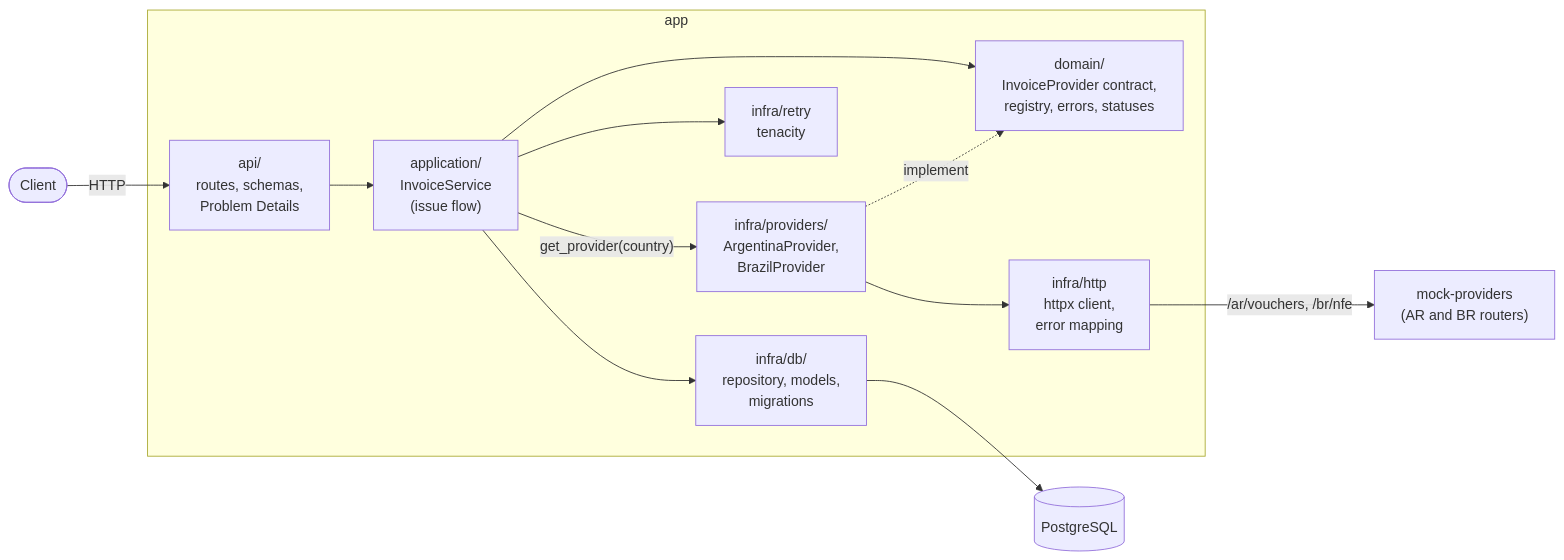
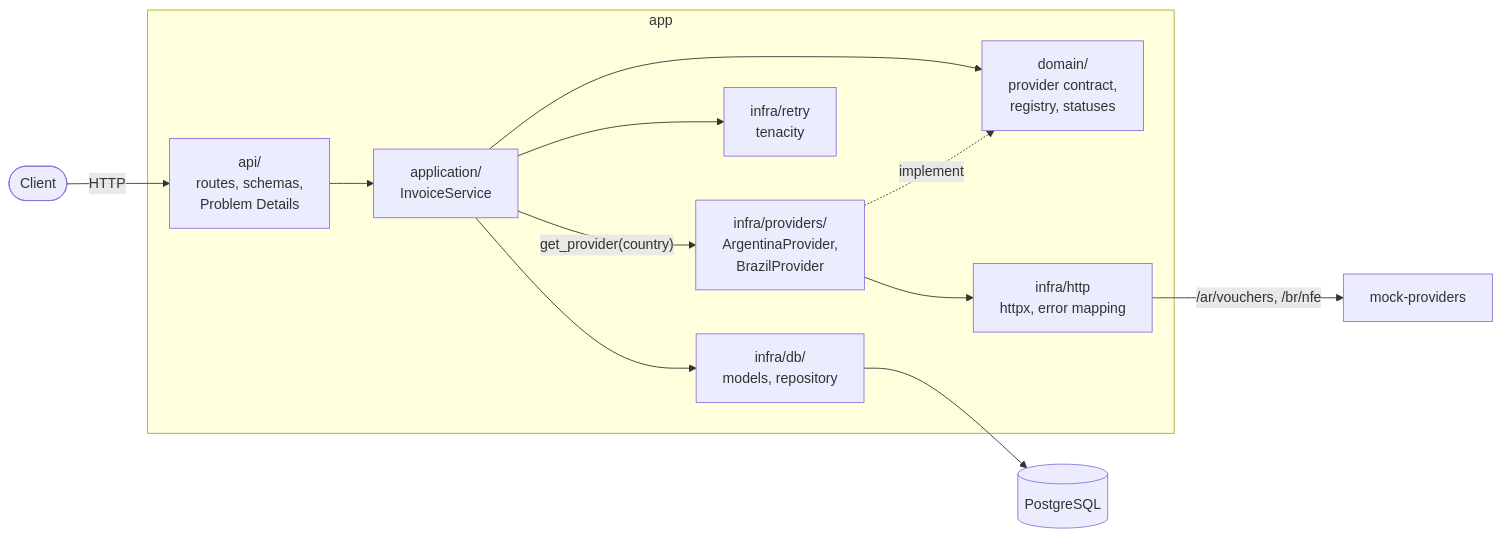
Before and after one commit to juanrevello/billing-multicountry: the first of 2 diagrams in README.md, drawn with Mermaid. The commit also changed other lines of this file, not shown here.

````diff
--- a/README.md
+++ b/README.md
@@ -112,25 +59,25 @@
 ```mermaid
 flowchart LR
     client([Client]) -->|HTTP| api
 
     subgraph app [app]
         api["api/<br/>routes, schemas,<br/>Problem Details"]
-        service["application/<br/>InvoiceService<br/>(issue flow)"]
-        domain["domain/<br/>InvoiceProvider contract,<br/>registry, errors, statuses"]
-        repo["infra/db/<br/>repository, models,<br/>migrations"]
+        service["application/<br/>InvoiceService"]
+        domain["domain/<br/>provider contract,<br/>registry, statuses"]
+        repo["infra/db/<br/>models, repository"]
         retry["infra/retry<br/>tenacity"]
         adapters["infra/providers/<br/>ArgentinaProvider,<br/>BrazilProvider"]
-        http["infra/http<br/>httpx client,<br/>error mapping"]
+        http["infra/http<br/>httpx, error mapping"]
 
         api --> service
         service --> domain
         service --> repo
         service --> retry
         adapters -. implement .-> domain
         adapters --> http
         service -->|"get_provider(country)"| adapters
     end
 
     repo --> db[(PostgreSQL)]
-    http -->|"/ar/vouchers, /br/nfe"| mock["mock-providers<br/>(AR and BR routers)"]
+    http -->|"/ar/vouchers, /br/nfe"| mock["mock-providers"]
 ```
````
